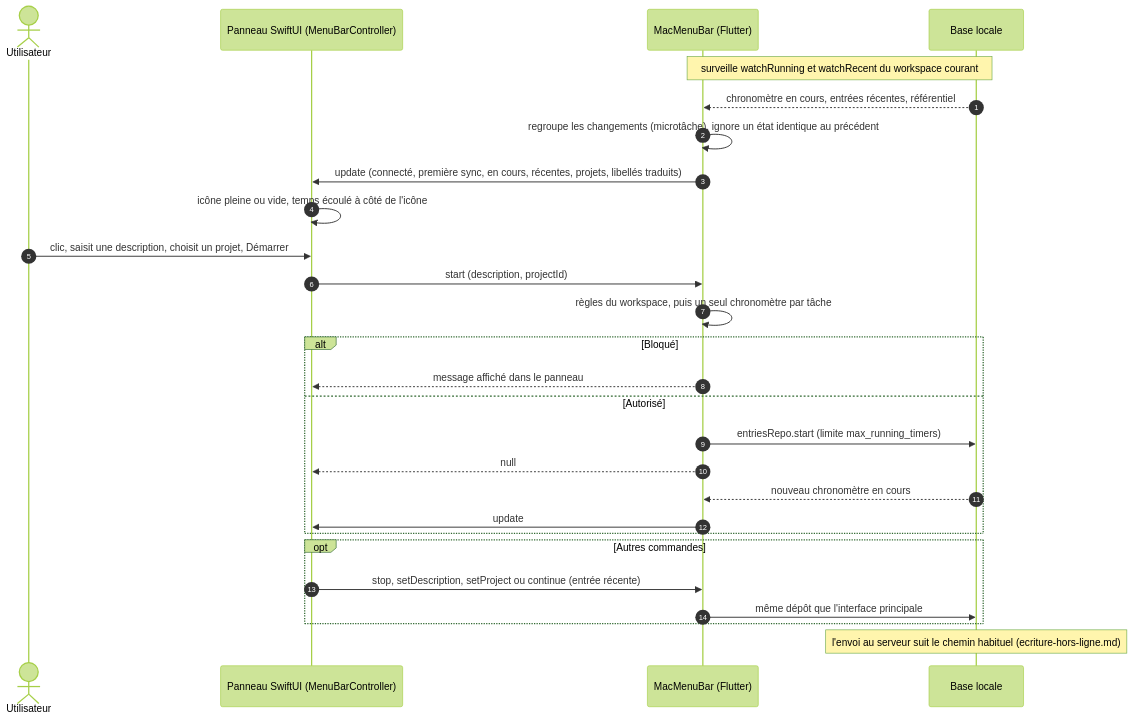
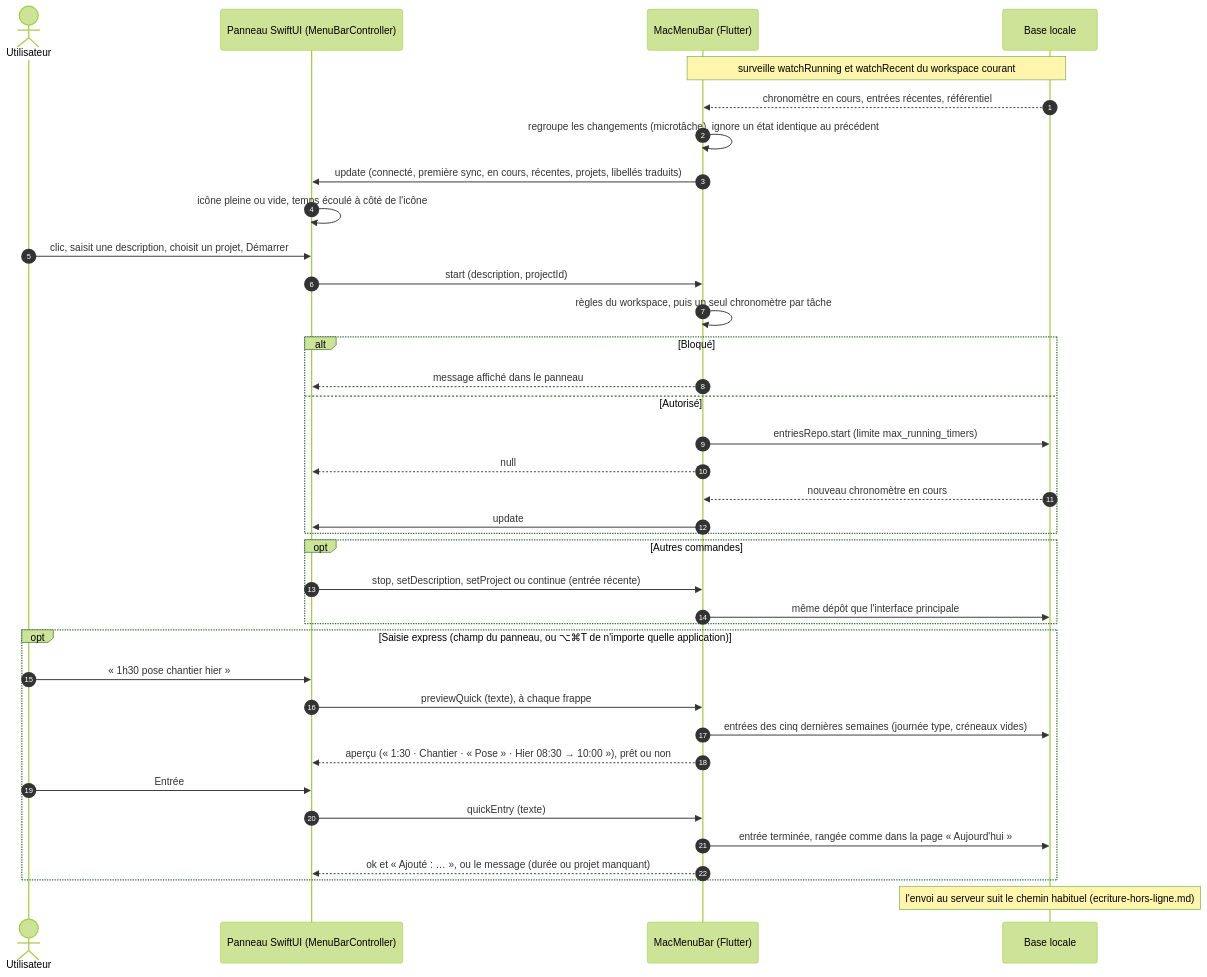
One commit to ysimonx/Clockifai changed the diagram in docs/api/sequences/barre-de-menus-macos.md. Above: the diagram before and after it, drawn with Mermaid (forest theme). The commit also changed other lines of this file and 10 other files, not shown here.

First line of the commit message:
Plan 13, lot 3 : saisie express dans la barre de menus du Mac (⌥⌘T)

````diff
--- a/docs/api/sequences/barre-de-menus-macos.md
+++ b/docs/api/sequences/barre-de-menus-macos.md
@@ -8,32 +8,43 @@
 ```mermaid
 sequenceDiagram
     autonumber
     actor U as Utilisateur
     participant P as Panneau SwiftUI (MenuBarController)
     participant W as MacMenuBar (Flutter)
     participant DB as Base locale
 
     Note over W,DB: surveille watchRunning et watchRecent du workspace courant
     DB-->>W: chronomètre en cours, entrées récentes, référentiel
     W->>W: regroupe les changements (microtâche), ignore un état identique au précédent
     W->>P: update (connecté, première sync, en cours, récentes, projets, libellés traduits)
     P->>P: icône pleine ou vide, temps écoulé à côté de l'icône
 
     U->>P: clic, saisit une description, choisit un projet, Démarrer
     P->>W: start (description, projectId)
     W->>W: règles du workspace, puis un seul chronomètre par tâche
     alt Bloqué
         W-->>P: message affiché dans le panneau
     else Autorisé
         W->>DB: entriesRepo.start (limite max_running_timers)
         W-->>P: null
         DB-->>W: nouveau chronomètre en cours
         W->>P: update
     end
 
     opt Autres commandes
         P->>W: stop, setDescription, setProject ou continue (entrée récente)
         W->>DB: même dépôt que l'interface principale
     end
+
+    opt Saisie express (champ du panneau, ou ⌥⌘T de n'importe quelle application)
+        U->>P: « 1h30 pose chantier hier »
+        P->>W: previewQuick (texte), à chaque frappe
+        W->>DB: entrées des cinq dernières semaines (journée type, créneaux vides)
+        W-->>P: aperçu (« 1:30 · Chantier · « Pose » · Hier 08:30 → 10:00 »), prêt ou non
+        U->>P: Entrée
+        P->>W: quickEntry (texte)
+        W->>DB: entrée terminée, rangée comme dans la page « Aujourd'hui »
+        W-->>P: ok et « Ajouté : … », ou le message (durée ou projet manquant)
+    end
     Note over DB: l'envoi au serveur suit le chemin habituel (ecriture-hors-ligne.md)
 ```
````
